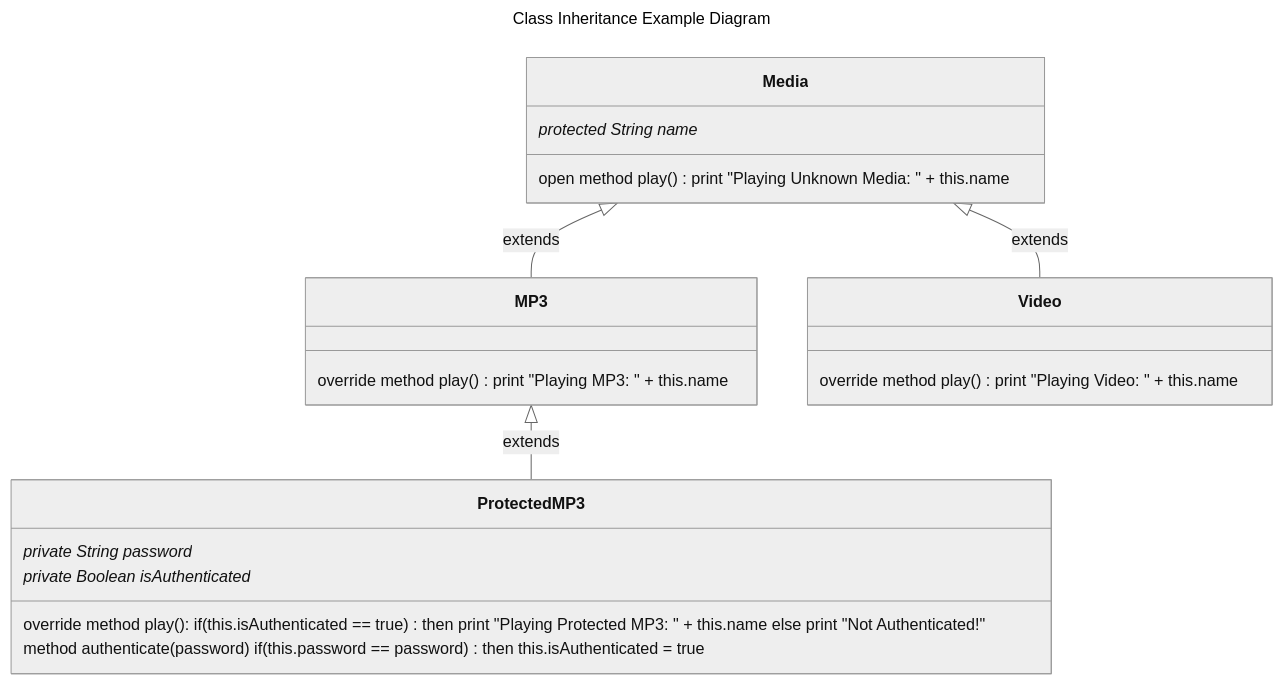
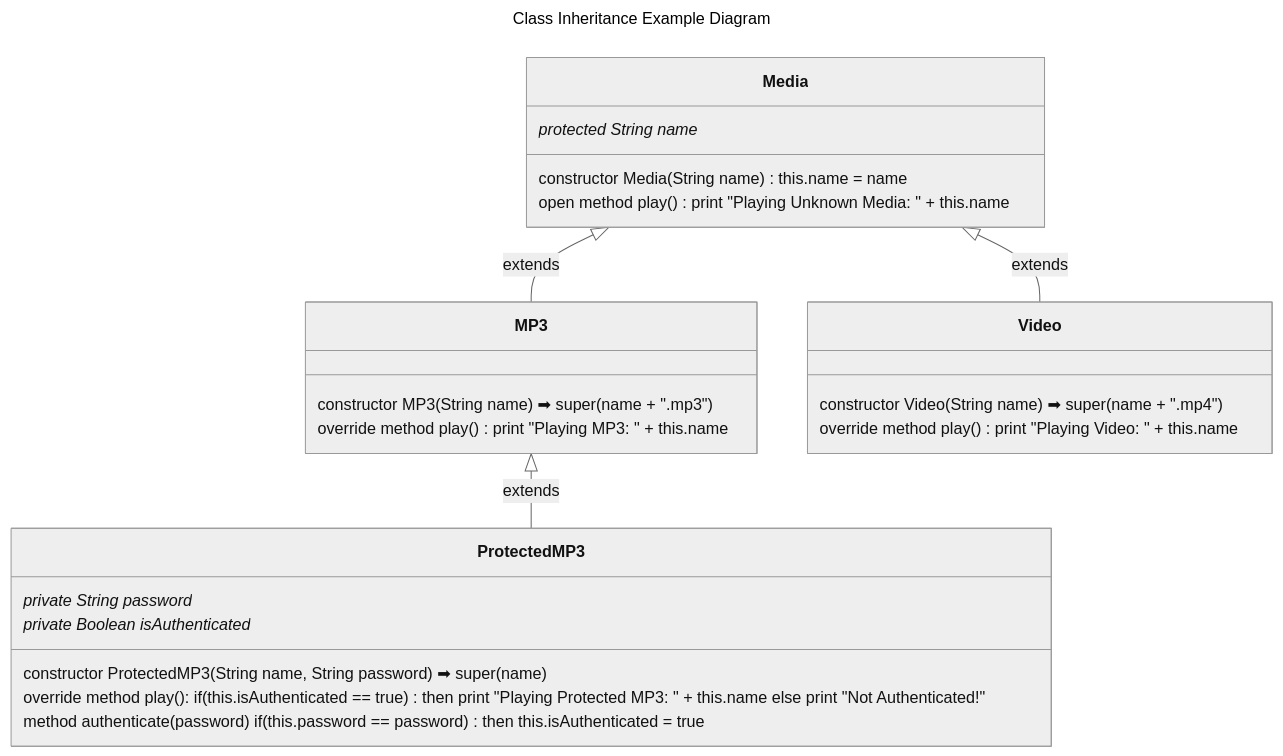
Before and after one commit to realityexpander/How_to_program_from_ground_up: the fifth of 8 diagrams in 09-ClassOrientedProgramming.md, drawn with Mermaid (neutral theme).

Commit message:
Add constructors

````diff
--- a/09-ClassOrientedProgramming.md
+++ b/09-ClassOrientedProgramming.md
@@ -509,29 +509,34 @@
     ```mermaid
     ---
     title: Class Inheritance Example Diagram
       
     ---
     classDiagram
     direction TB
     Media <|-- MP3 : extends
     Media <|-- Video : extends
     MP3 <|-- ProtectedMP3 : extends      
       
     class Media {
        protected String name*
+    
+       constructor Media(String name) this.name = name
        open method play() print "Playing Unknown Media: " + this.name
     }
     class MP3 {
+       constructor MP3(String name) ➡︎ super(name + ".mp3")
        override method play() print "Playing MP3: " + this.name
     }
     class Video {
+       constructor Video(String name) ➡︎ super(name + ".mp4")
        override method play() print "Playing Video: " + this.name
     }
     class ProtectedMP3 {
        private String password*
        private Boolean isAuthenticated*
-      
+       
+       constructor ProtectedMP3(String name, String password) ➡︎ super(name)
        override method play(): if(this.isAuthenticated == true) then print "Playing Protected MP3: " + this.name else print "Not Authenticated!"
        method authenticate(password) if(this.password == password) then this.isAuthenticated = true
     }
     ```
````
